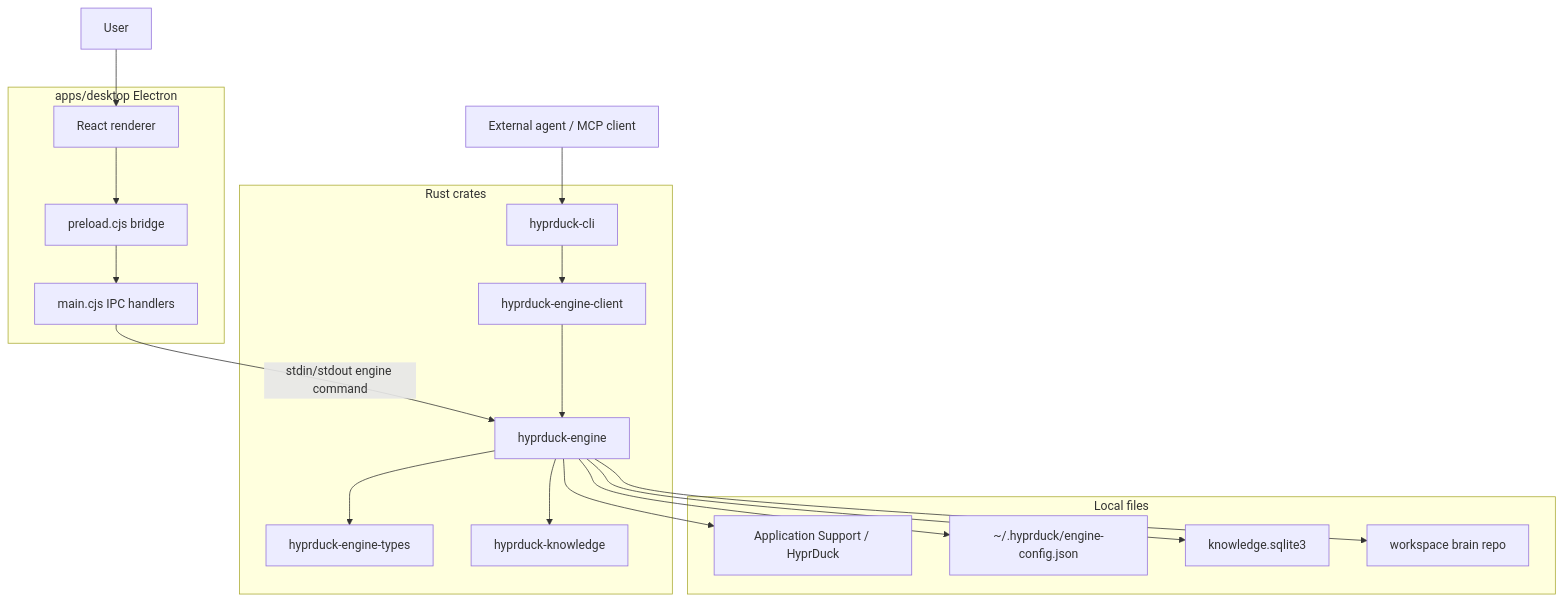
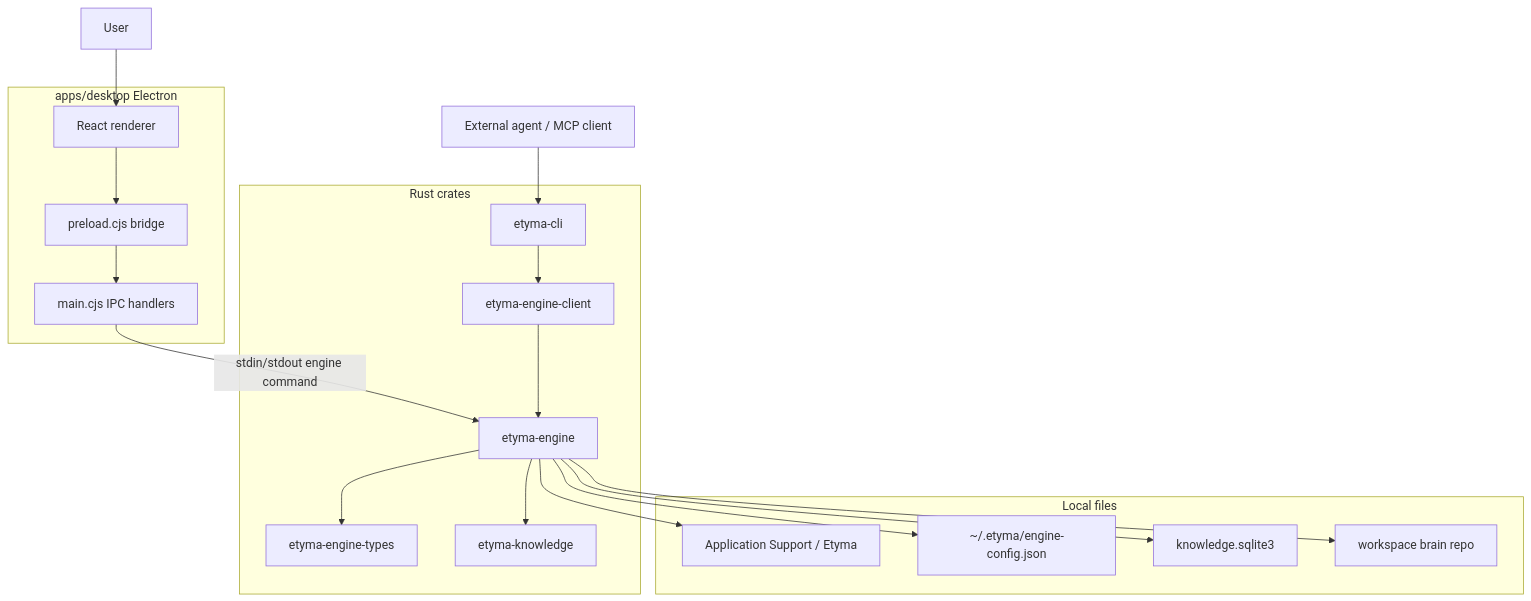
The diagram in docs/ARCHITECTURE.md (qyinm/hyprduck), drawn with Mermaid before and after one commit. The commit also changed other lines of this file and 426 other files, not shown here.

First line of the commit message:
refactor!: rename HyprDuck product and crates to Etyma

````diff
--- a/docs/ARCHITECTURE.md
+++ b/docs/ARCHITECTURE.md
@@ -51,36 +51,36 @@
 ```mermaid
 flowchart TB
   User["User"]
   Agent["External agent / MCP client"]
 
   subgraph Desktop["apps/desktop Electron"]
     Renderer["React renderer"]
     Preload["preload.cjs bridge"]
     Main["main.cjs IPC handlers"]
   end
 
   subgraph Rust["Rust crates"]
-    CLI["hyprduck-cli"]
-    Client["hyprduck-engine-client"]
-    Engine["hyprduck-engine"]
-    Types["hyprduck-engine-types"]
-    Knowledge["hyprduck-knowledge"]
+    CLI["etyma-cli"]
+    Client["etyma-engine-client"]
+    Engine["etyma-engine"]
+    Types["etyma-engine-types"]
+    Knowledge["etyma-knowledge"]
   end
 
   subgraph Files["Local files"]
-    AppSupport["Application Support / HyprDuck"]
-    Config["~/.hyprduck/engine-config.json"]
+    AppSupport["Application Support / Etyma"]
+    Config["~/.etyma/engine-config.json"]
     Store["knowledge.sqlite3"]
     Workspace["workspace brain repo"]
   end
 
   User --> Renderer --> Preload --> Main
   Main -->|"stdin/stdout engine command"| Engine
   Agent --> CLI --> Client --> Engine
   Engine --> Types
   Engine --> Knowledge
   Engine --> AppSupport
   Engine --> Config
   Engine --> Store
   Engine --> Workspace
 ```
````
